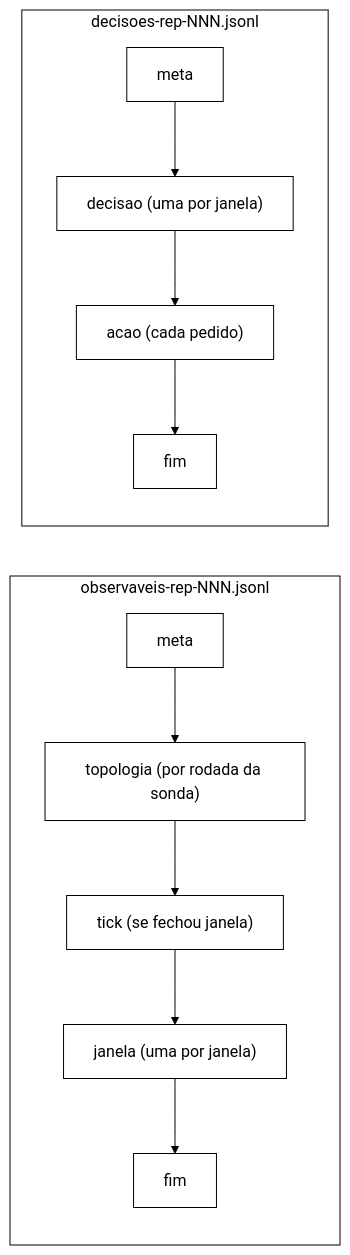
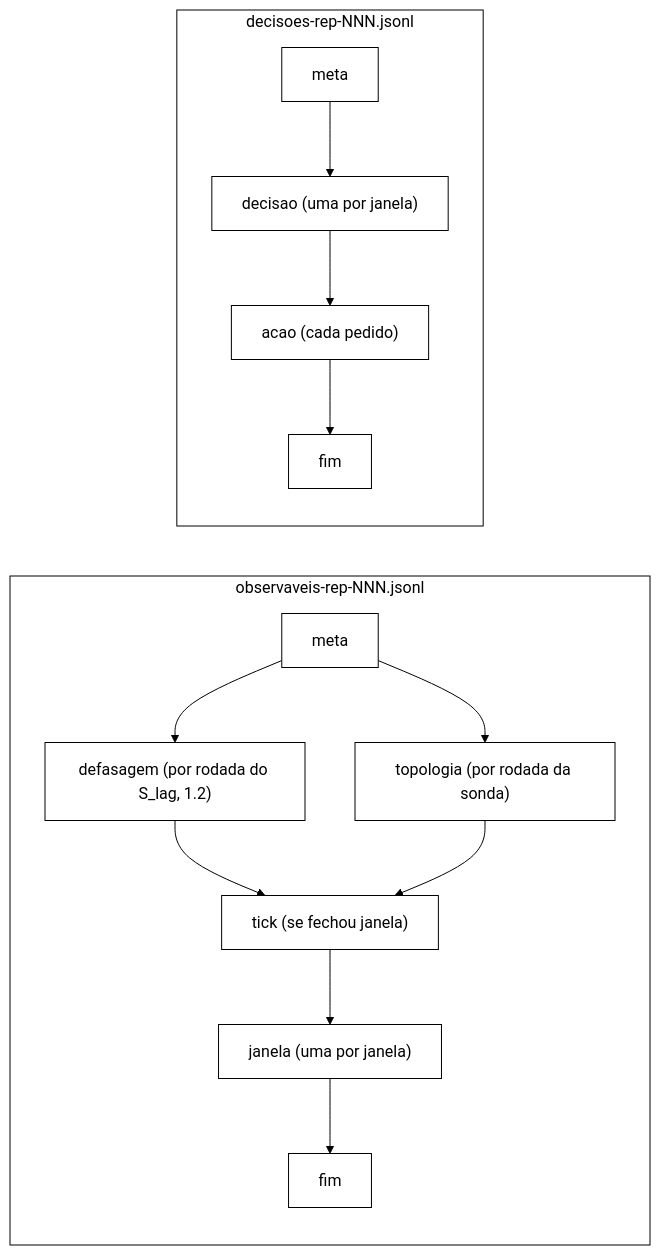
Before and after one commit to franpgn/tcc-verificacao-formal-invariantes-sessao: the diagram in docs/contrato-jsonl-controlador-v1.md, drawn with Mermaid. The commit also changed other lines of this file and 4 other files, not shown here.

````diff
--- a/docs/contrato-jsonl-controlador-v1.md
+++ b/docs/contrato-jsonl-controlador-v1.md
@@ -31,15 +33,17 @@
 ```mermaid
 %%{init: {'theme':'base','themeVariables':{'background':'#ffffff','primaryColor':'#ffffff','primaryTextColor':'#000000','primaryBorderColor':'#000000','lineColor':'#000000','secondaryColor':'#ffffff','tertiaryColor':'#ffffff','clusterBkg':'#ffffff','clusterBorder':'#000000','edgeLabelBackground':'#ffffff','fontFamily':'Arial'}}}%%
 flowchart LR
     subgraph OBS["observaveis-rep-NNN.jsonl"]
         M1["meta"] --> T1["topologia (por rodada da sonda)"]
+        M1 --> L1["defasagem (por rodada do S_lag, 1.2)"]
+        L1 --> K1
         T1 --> K1["tick (se fechou janela)"]
         K1 --> J1["janela (uma por janela)"]
         J1 --> F1["fim"]
     end
     subgraph DEC["decisoes-rep-NNN.jsonl"]
         M2["meta"] --> D2["decisao (uma por janela)"]
         D2 --> A2["acao (cada pedido)"]
         A2 --> F2["fim"]
     end
 ```
````
